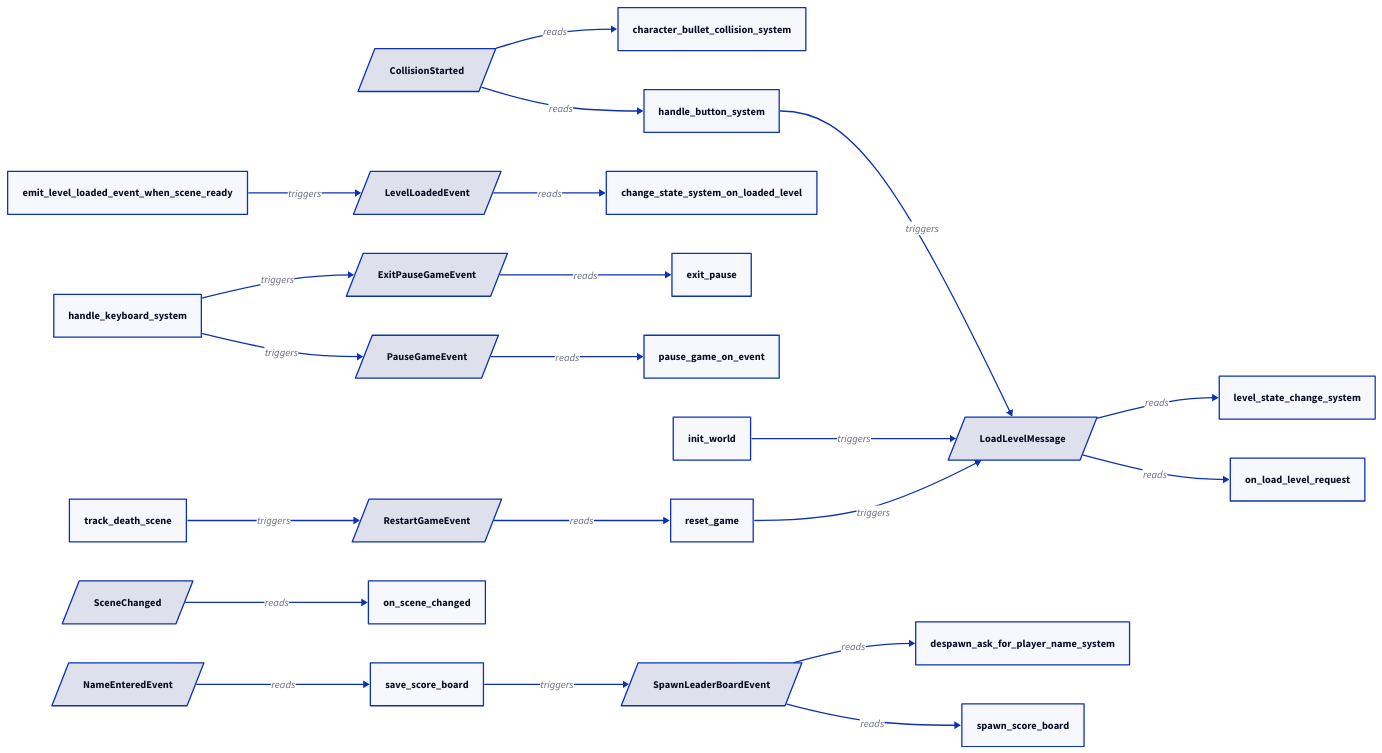
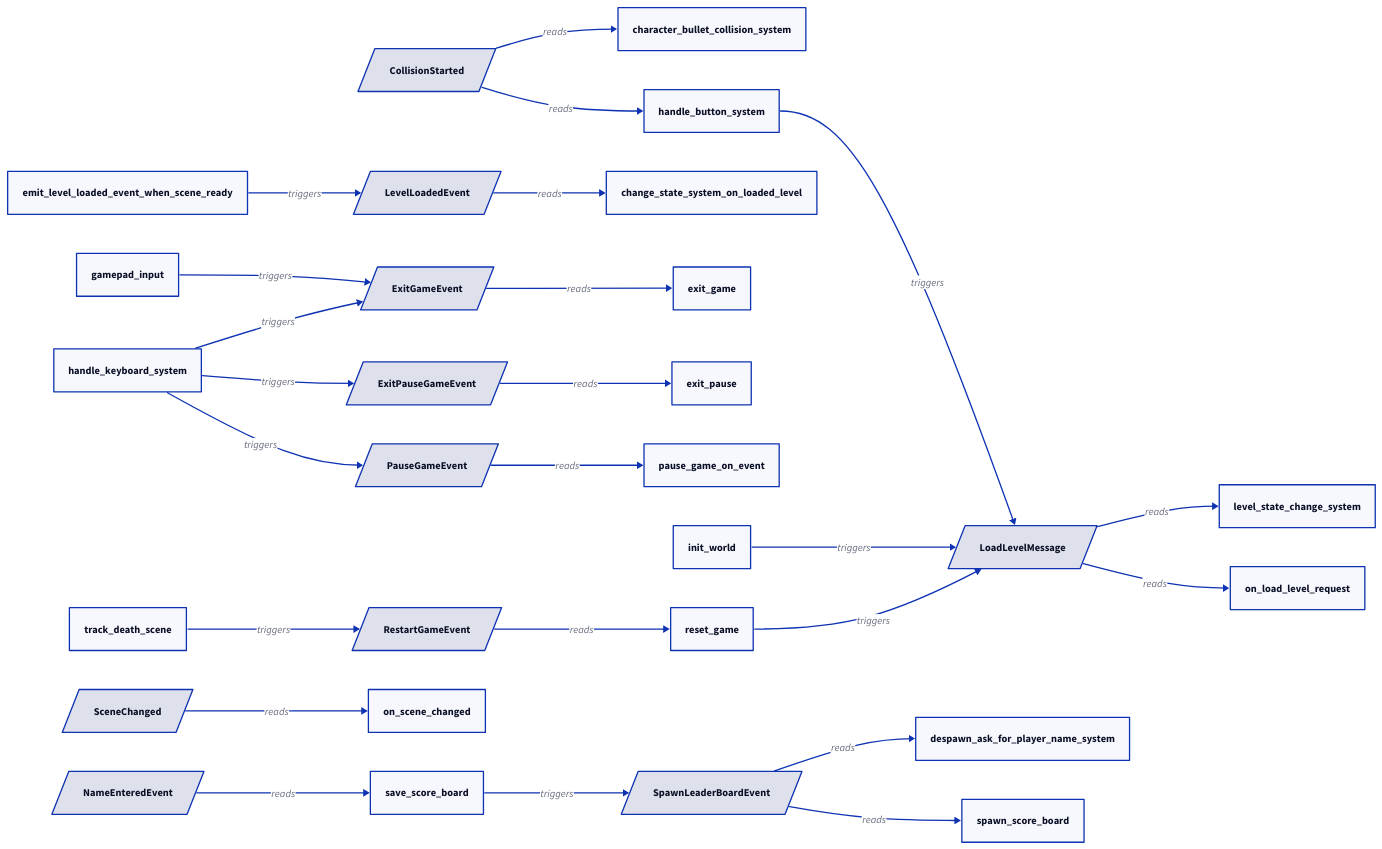
One commit to edizeqiri/BulletsOnWheels changed the diagram in docs/events.d2. Above: the diagram before and after it, drawn with D2. The commit also changed 3 other files, not shown here.

Commit message:
chore: regenerate architecture diagrams

```diff
--- a/docs/events.d2
+++ b/docs/events.d2
@@ -1,49 +1,55 @@
 direction: right
 
 "CollisionStarted": { shape: parallelogram }
+"ExitGameEvent": { shape: parallelogram }
 "ExitPauseGameEvent": { shape: parallelogram }
 "LevelLoadedEvent": { shape: parallelogram }
 "LoadLevelMessage": { shape: parallelogram }
 "NameEnteredEvent": { shape: parallelogram }
 "PauseGameEvent": { shape: parallelogram }
 "RestartGameEvent": { shape: parallelogram }
 "SceneChanged": { shape: parallelogram }
 "SpawnLeaderBoardEvent": { shape: parallelogram }
 
 "change_state_system_on_loaded_level": { shape: rectangle }
 "character_bullet_collision_system": { shape: rectangle }
 "despawn_ask_for_player_name_system": { shape: rectangle }
 "emit_level_loaded_event_when_scene_ready": { shape: rectangle }
+"exit_game": { shape: rectangle }
 "exit_pause": { shape: rectangle }
+"gamepad_input": { shape: rectangle }
 "handle_button_system": { shape: rectangle }
 "handle_keyboard_system": { shape: rectangle }
 "init_world": { shape: rectangle }
 "level_state_change_system": { shape: rectangle }
 "on_load_level_request": { shape: rectangle }
 "on_scene_changed": { shape: rectangle }
 "pause_game_on_event": { shape: rectangle }
 "reset_game": { shape: rectangle }
 "save_score_board": { shape: rectangle }
 "spawn_score_board": { shape: rectangle }
 "track_death_scene": { shape: rectangle }
 
 "LevelLoadedEvent" -> "change_state_system_on_loaded_level": reads
 "CollisionStarted" -> "character_bullet_collision_system": reads
 "SpawnLeaderBoardEvent" -> "despawn_ask_for_player_name_system": reads
 "emit_level_loaded_event_when_scene_ready" -> "LevelLoadedEvent": triggers
+"ExitGameEvent" -> "exit_game": reads
 "ExitPauseGameEvent" -> "exit_pause": reads
+"gamepad_input" -> "ExitGameEvent": triggers
 "CollisionStarted" -> "handle_button_system": reads
 "handle_button_system" -> "LoadLevelMessage": triggers
+"handle_keyboard_system" -> "ExitGameEvent": triggers
 "handle_keyboard_system" -> "ExitPauseGameEvent": triggers
 "handle_keyboard_system" -> "PauseGameEvent": triggers
 "init_world" -> "LoadLevelMessage": triggers
 "LoadLevelMessage" -> "level_state_change_system": reads
 "LoadLevelMessage" -> "on_load_level_request": reads
 "SceneChanged" -> "on_scene_changed": reads
 "PauseGameEvent" -> "pause_game_on_event": reads
 "RestartGameEvent" -> "reset_game": reads
 "reset_game" -> "LoadLevelMessage": triggers
 "NameEnteredEvent" -> "save_score_board": reads
 "save_score_board" -> "SpawnLeaderBoardEvent": triggers
 "SpawnLeaderBoardEvent" -> "spawn_score_board": reads
 "track_death_scene" -> "RestartGameEvent": triggers
```
